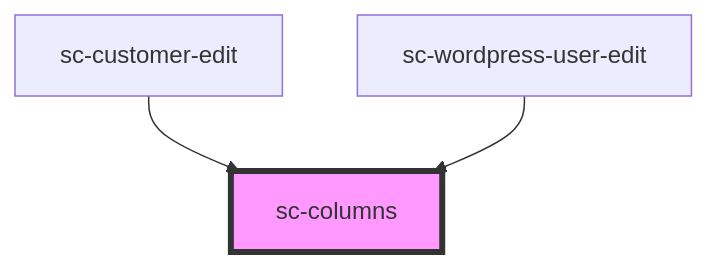
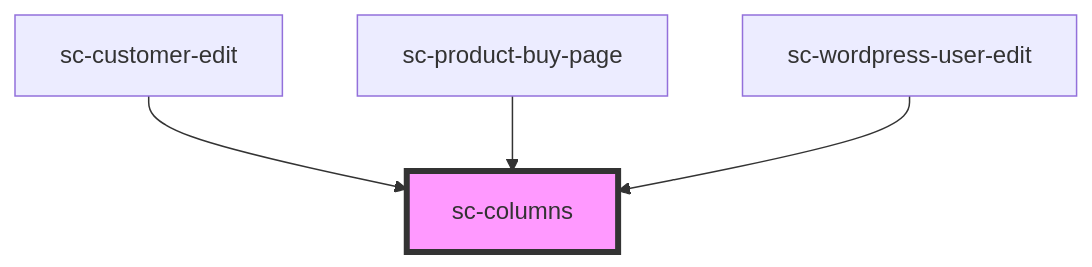
The diagram in packages/components/src/components/ui/columns/readme.md (surecart/surecart-wp-plugin), drawn with Mermaid before and after one commit. The commit also changed other lines of this file and 15 other files, not shown here.

````diff
--- a/packages/components/src/components/ui/columns/readme.md
+++ b/packages/components/src/components/ui/columns/readme.md
@@ -26,6 +27,7 @@
 ```mermaid
 graph TD;
   sc-customer-edit --> sc-columns
+  sc-product-buy-page --> sc-columns
   sc-wordpress-user-edit --> sc-columns
   style sc-columns fill:#f9f,stroke:#333,stroke-width:4px
 ```
````
